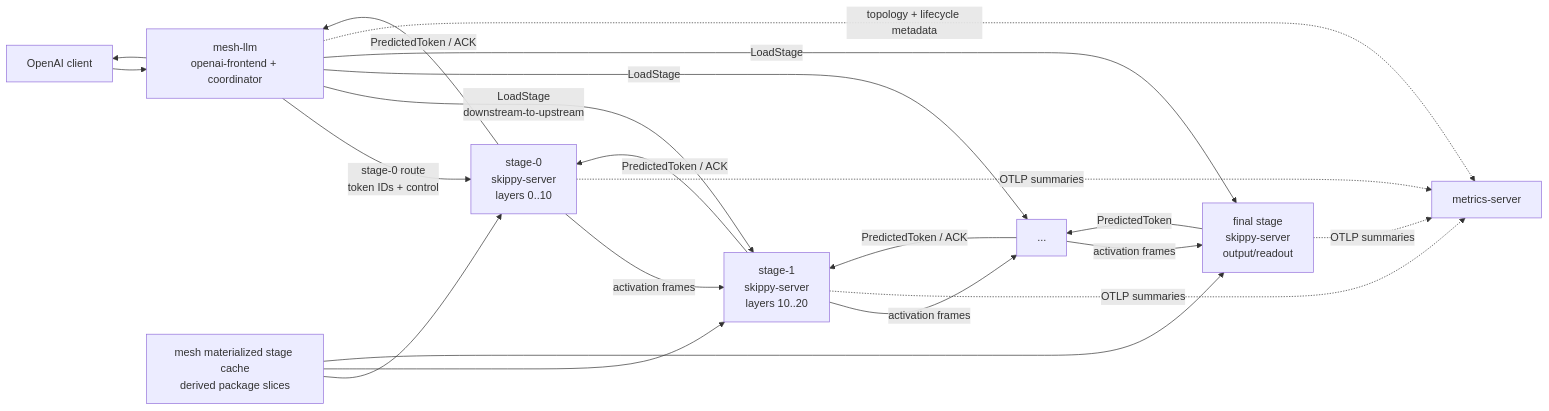
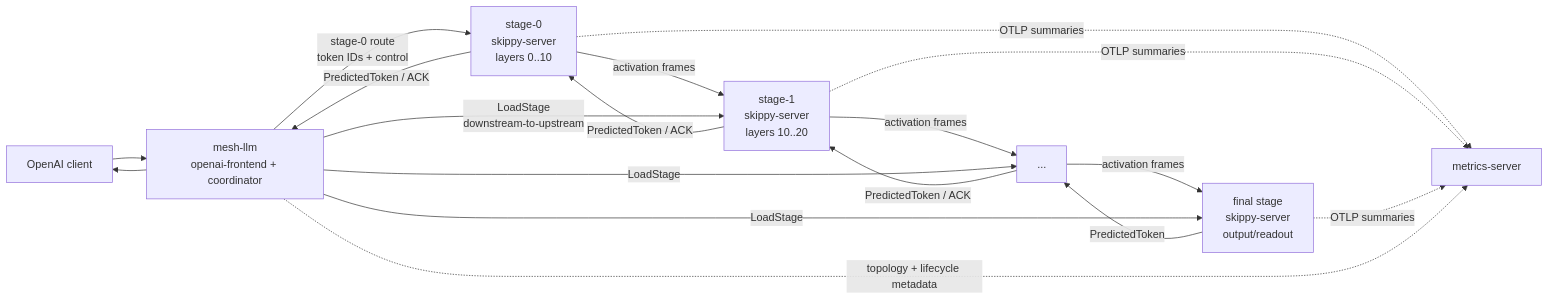
Before and after one commit to michaelneale/mesh-llm: the first of 6 diagrams in docs/SKIPPY_RUNTIME_README.md, drawn with Mermaid. The commit also changed other lines of this file and 7 other files, not shown here.

````diff
--- a/docs/SKIPPY_RUNTIME_README.md
+++ b/docs/SKIPPY_RUNTIME_README.md
@@ -39,26 +39,23 @@
 ```mermaid
 flowchart LR
     C["OpenAI client"] --> Mesh["mesh-llm<br/>openai-frontend + coordinator"]
     Mesh -->|stage-0 route<br/>token IDs + control| S0["stage-0<br/>skippy-server<br/>layers 0..10"]
     S0 -->|activation frames| S1["stage-1<br/>skippy-server<br/>layers 10..20"]
     S1 -->|activation frames| SN["..."]
     SN -->|activation frames| SF["final stage<br/>skippy-server<br/>output/readout"]
 
     SF -->|PredictedToken| SN
     SN -->|PredictedToken / ACK| S1
     S1 -->|PredictedToken / ACK| S0
     S0 -->|PredictedToken / ACK| Mesh
     Mesh --> C
 
     Mesh -->|LoadStage<br/>downstream-to-upstream| S1
     Mesh -->|LoadStage| SN
     Mesh -->|LoadStage| SF
-    Cache["mesh materialized stage cache<br/>derived package slices"] --> S0
-    Cache --> S1
-    Cache --> SF
 
     S0 -.->|OTLP summaries| M["metrics-server"]
     S1 -.->|OTLP summaries| M
     SF -.->|OTLP summaries| M
     Mesh -.->|topology + lifecycle metadata| M
 ```
````
